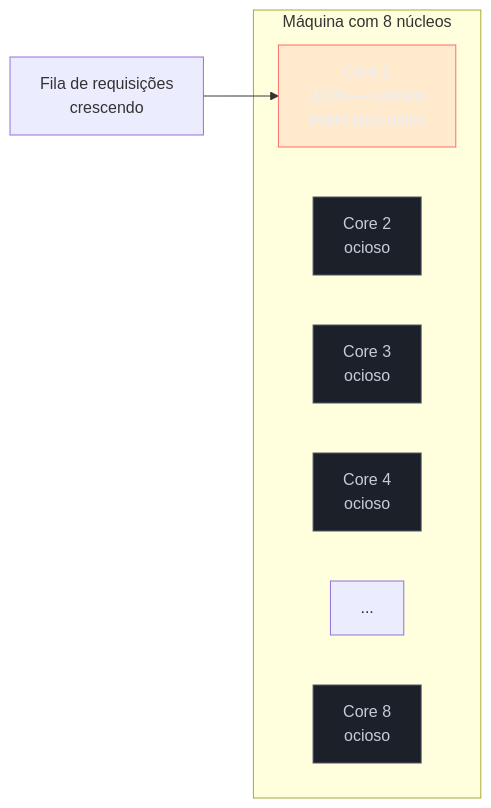
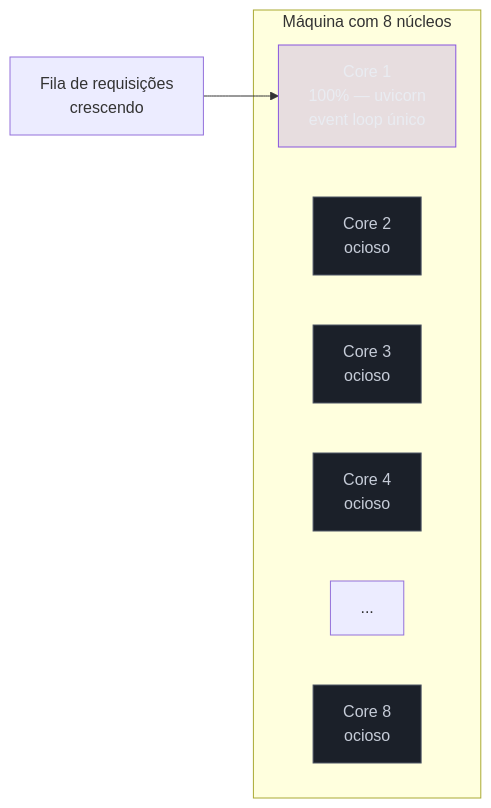
The first of 3 diagrams in 03-Dominios/Tecnologia/Python/Observabilidade e produção/04 - WSGI vs ASGI na prática — gunicorn e uvicorn.md (josenaldo/codex-technomanticus), drawn with Mermaid before and after one commit. The commit also changed 601 other files, not shown here.

````diff
--- a/03-Dominios/Tecnologia/Python/Observabilidade e produção/04 - WSGI vs ASGI na prática — gunicorn e uvicorn.md
+++ b/03-Dominios/Tecnologia/Python/Observabilidade e produção/04 - WSGI vs ASGI na prática — gunicorn e uvicorn.md
@@ -40,19 +40,19 @@
 ```mermaid
 graph LR
-    classDef falha fill:#FF6B6B24,stroke:#FF6B6B,color:#E9ECF2
+    classDef marca fill:#8855DF33,stroke:#8855DF,color:#E9ECF2
     classDef neutro fill:#1B2029,stroke:#4E5666,color:#C6CCD8
     subgraph CPU["Máquina com 8 núcleos"]
         C1["Core 1<br/>100% — uvicorn<br/>event loop único"]
         C2["Core 2<br/>ocioso"]
         C3["Core 3<br/>ocioso"]
         C4["Core 4<br/>ocioso"]
         C5["..."]
         C8["Core 8<br/>ocioso"]
     end
     REQ["Fila de requisições<br/>crescendo"] --> C1
-    class C1 falha
+    class C1 marca
     class C2 neutro
     class C3 neutro
     class C4 neutro
     class C8 neutro
 ```
````
